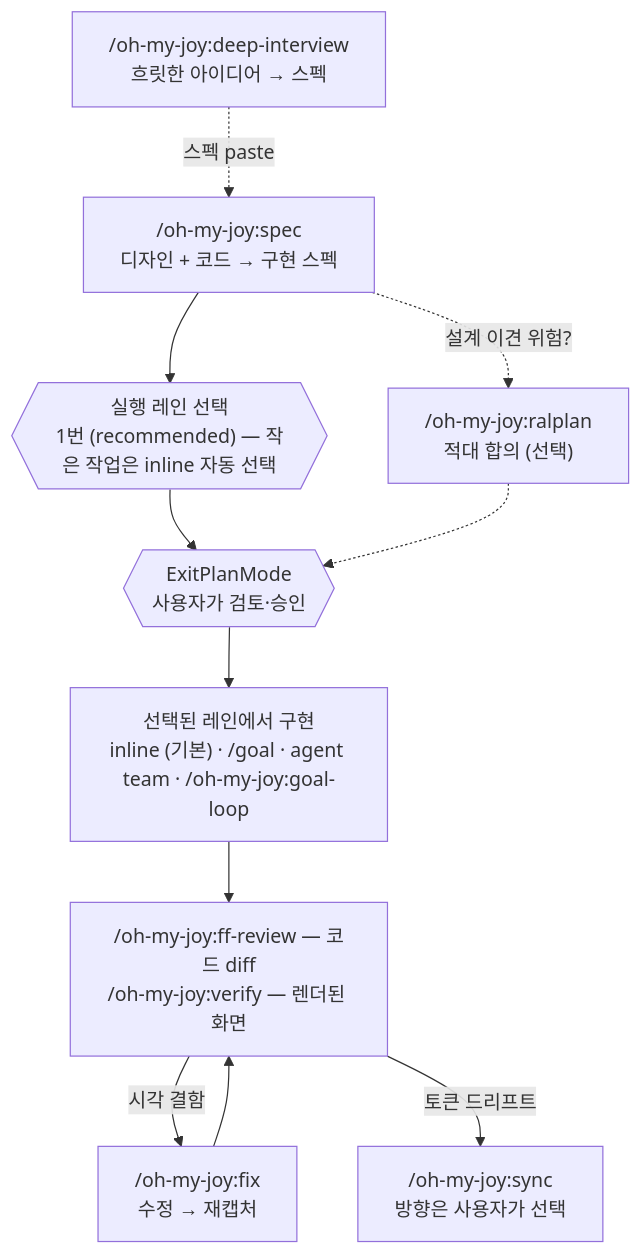
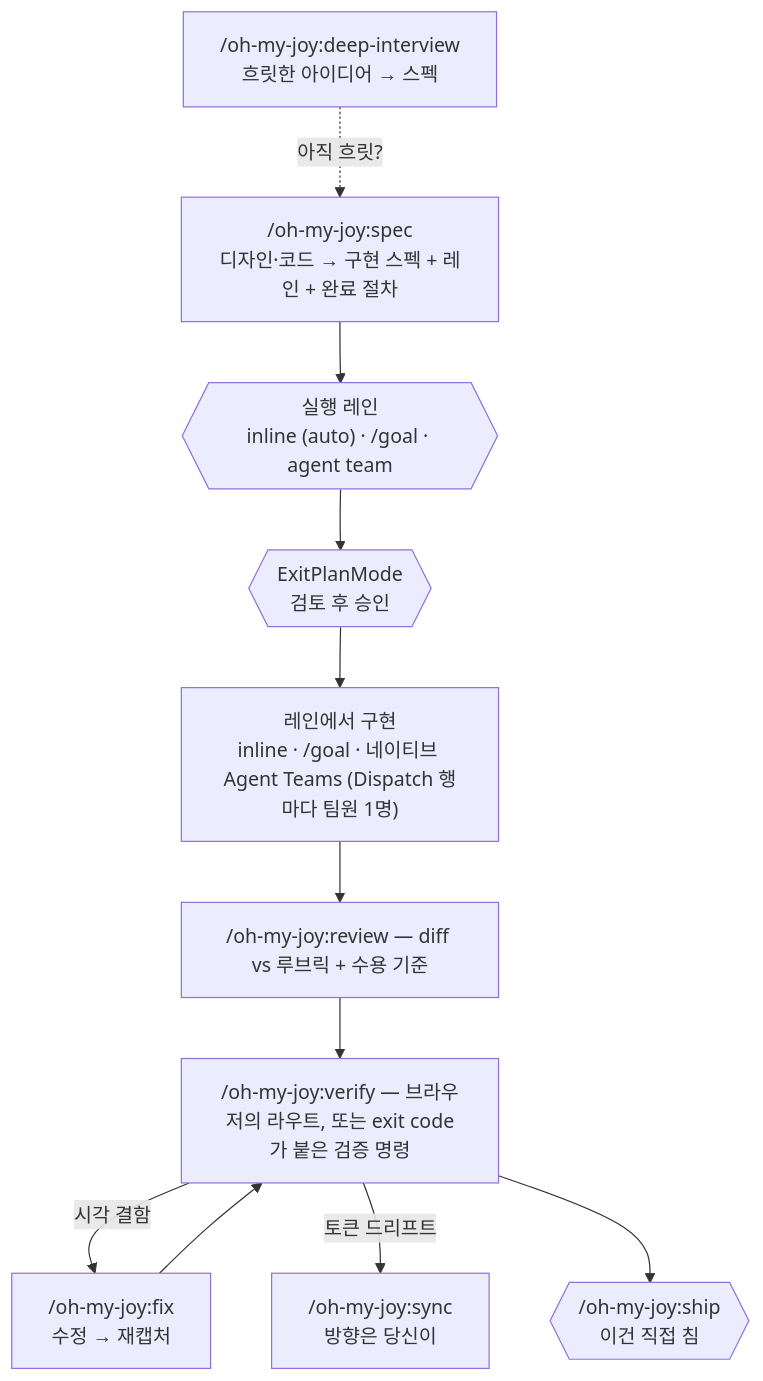
Before and after one commit to S-jooyoung/oh-my-joy: the diagram in README.ko.md, drawn with Mermaid. The commit also changed other lines of this file and 99 other files, not shown here.

````diff
--- a/README.ko.md
+++ b/README.ko.md
@@ -71,13 +146,13 @@
 ```mermaid
 flowchart TD
-    DI["/oh-my-joy:deep-interview<br/>흐릿한 아이디어 → 스펙"] -.->|"스펙 paste"| S
-    S["/oh-my-joy:spec<br/>디자인 + 코드 → 구현 스펙"] --> L{{"실행 레인 선택<br/>1번 (recommended) — 작은 작업은 inline 자동 선택"}}
-    L --> P{{"ExitPlanMode<br/>사용자가 검토·승인"}}
-    S -.->|"설계 이견 위험?"| R["/oh-my-joy:ralplan<br/>적대 합의 (선택)"]
-    R -.-> P
-    P --> I["선택된 레인에서 구현<br/>inline (기본) · /goal · agent team · /oh-my-joy:goal-loop"]
-    I --> V["/oh-my-joy:ff-review — 코드 diff<br/>/oh-my-joy:verify — 렌더된 화면"]
+    DI["/oh-my-joy:deep-interview<br/>흐릿한 아이디어 → 스펙"] -.->|"아직 흐릿?"| S
+    S["/oh-my-joy:spec<br/>디자인·코드 → 구현 스펙 + 레인 + 완료 절차"] --> L{{"실행 레인<br/>inline (auto) · /goal · agent team"}}
+    L --> P{{"ExitPlanMode<br/>검토 후 승인"}}
+    P --> I["레인에서 구현<br/>inline · /goal · 네이티브 Agent Teams (Dispatch 행마다 팀원 1명)"]
+    I --> R["/oh-my-joy:review — diff vs 루브릭 + 수용 기준"]
+    R --> V["/oh-my-joy:verify — 브라우저의 라우트, 또는 exit code가 붙은 검증 명령"]
     V -->|"시각 결함"| F["/oh-my-joy:fix<br/>수정 → 재캡처"]
     F --> V
-    V -->|"토큰 드리프트"| T["/oh-my-joy:sync<br/>방향은 사용자가 선택"]
+    V -->|"토큰 드리프트"| T["/oh-my-joy:sync<br/>방향은 당신이"]
+    V --> SH{{"/oh-my-joy:ship<br/>이건 직접 침"}}
 ```
````
